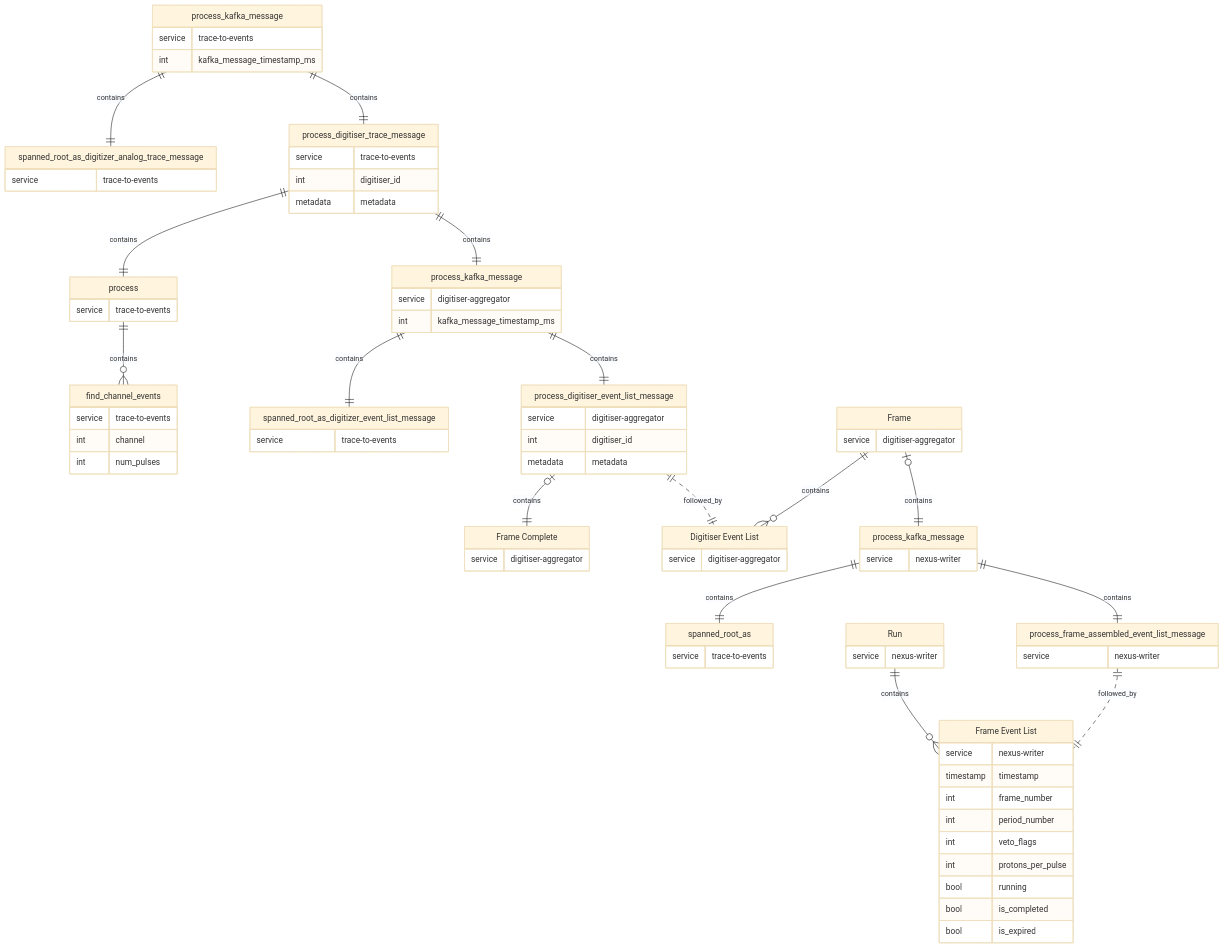
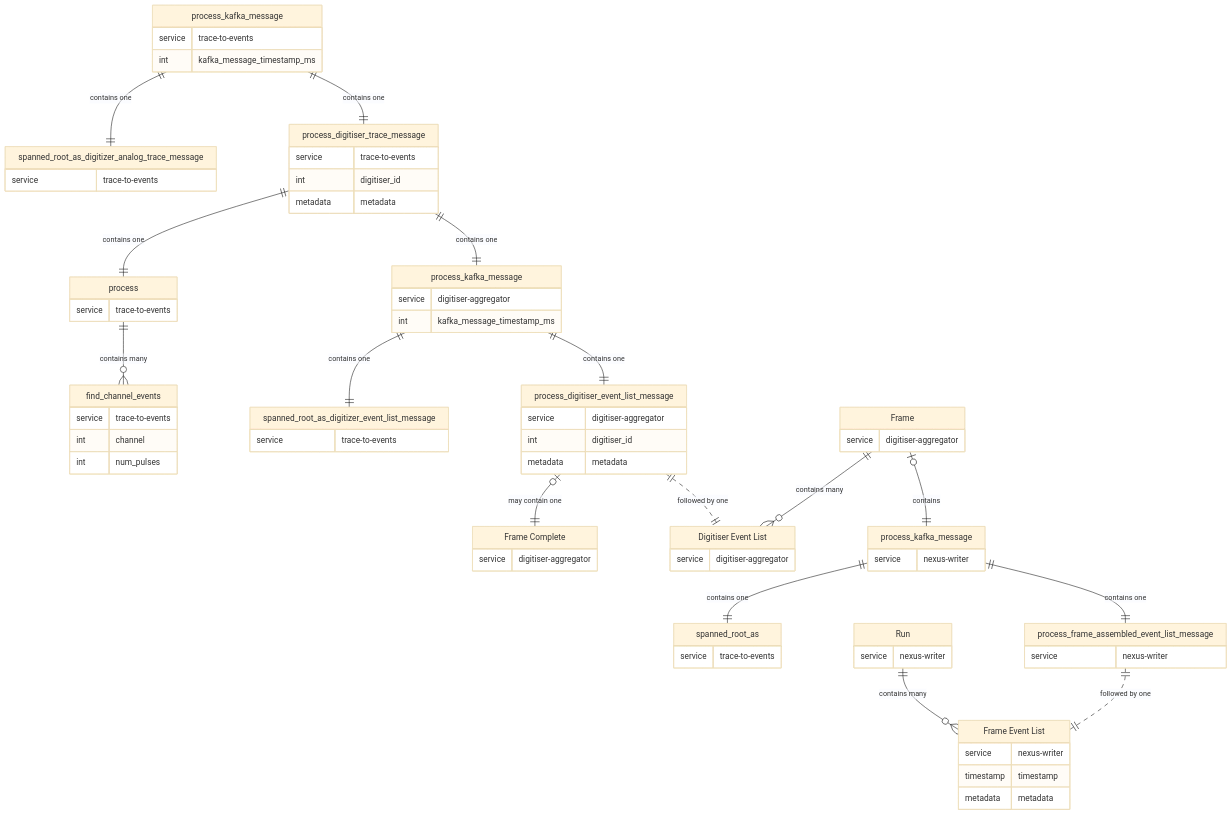
Before and after one commit to STFC-ICD-Research-and-Design/supermusr-data-pipeline: the second of 5 diagrams in docs/tracing.md, drawn with Mermaid (base theme). The commit also changed other lines of this file, not shown here.

Commit message:
Update to tracing.md

````diff
--- a/docs/tracing.md
+++ b/docs/tracing.md
@@ -145,24 +145,24 @@
     EF_SPANNED_ROOT["spanned_root_as_digitizer_analog_trace_message"] {
         service trace-to-events
     }
-    EF_KAF_MSG ||--|| EF_SPANNED_ROOT : contains
+    EF_KAF_MSG ||--|| EF_SPANNED_ROOT : "contains one"
     EF_DIG_TRACE_MSG["process_digitiser_trace_message"] {
         service trace-to-events
         int digitiser_id
         metadata metadata
     }
-    EF_KAF_MSG ||--|| EF_DIG_TRACE_MSG : contains
+    EF_KAF_MSG ||--|| EF_DIG_TRACE_MSG : "contains one"
 
     PROCESS["process"] {
         service trace-to-events
     }
-    EF_DIG_TRACE_MSG ||--|| PROCESS : contains
+    EF_DIG_TRACE_MSG ||--|| PROCESS : "contains one"
     FIND_CHNL_EVTS["find_channel_events"] {
         service trace-to-events
         int channel
         int num_pulses
     }
-    PROCESS ||--o{ FIND_CHNL_EVTS : contains
+    PROCESS ||--o{ FIND_CHNL_EVTS : "contains many"
 
     DA_KAF_MSG["process_kafka_message"] {
         service digitiser-aggregator
@@ -171,26 +171,26 @@
     DA_SPANNED_ROOT["spanned_root_as_digitizer_event_list_message"] {
         service trace-to-events
     }
-    DA_KAF_MSG ||--|| DA_SPANNED_ROOT : contains
+    DA_KAF_MSG ||--|| DA_SPANNED_ROOT : "contains one"
     DA_DIG_EVT_MSG["process_digitiser_event_list_message"] {
         service digitiser-aggregator
         int digitiser_id
         metadata metadata
     }
-    DA_KAF_MSG ||--|| DA_DIG_EVT_MSG : contains
+    DA_KAF_MSG ||--|| DA_DIG_EVT_MSG : "contains one"
     DA_FRAME_COMPLETE["Frame Complete"] {
         service digitiser-aggregator
     }
-    DA_DIG_EVT_MSG |o--|| DA_FRAME_COMPLETE : contains
-    EF_DIG_TRACE_MSG ||--|| DA_KAF_MSG : contains
+    DA_DIG_EVT_MSG |o--|| DA_FRAME_COMPLETE : "may contain one"
+    EF_DIG_TRACE_MSG ||--|| DA_KAF_MSG : "contains one"
     FRAME["Frame"] {
         service digitiser-aggregator
     }
     FRAME_DIGITISER["Digitiser Event List"] {
         service digitiser-aggregator
     }
-    DA_DIG_EVT_MSG ||..|| FRAME_DIGITISER : followed_by
-    FRAME ||--o{ FRAME_DIGITISER : contains
+    DA_DIG_EVT_MSG ||..|| FRAME_DIGITISER : "followed by one"
+    FRAME ||--o{ FRAME_DIGITISER : "contains many"
 
     NW_KAFKA_MSG["process_kafka_message"] {
         service nexus-writer
@@ -198,26 +198,20 @@
     NW_SPANNED_ROOT["spanned_root_as"] {
         service trace-to-events
     }
-    NW_KAFKA_MSG ||--|| NW_SPANNED_ROOT : contains
+    NW_KAFKA_MSG ||--|| NW_SPANNED_ROOT : "contains one"
     FRAME |o--|| NW_KAFKA_MSG : contains
     NW_FRM_EVT_MSG["process_frame_assembled_event_list_message"] {
         service nexus-writer
     }
-    NW_KAFKA_MSG ||--|| NW_FRM_EVT_MSG : contains
+    NW_KAFKA_MSG ||--|| NW_FRM_EVT_MSG : "contains one"
     RUN["Run"] {
         service nexus-writer
     }
     RUN_FRAME["Frame Event List"] {
         service nexus-writer
         timestamp timestamp
-        int frame_number
-        int period_number
-        int veto_flags
-        int protons_per_pulse
-        bool running
-        bool is_completed
-        bool is_expired
+        metadata metadata
     }
-    RUN ||--o{ RUN_FRAME : contains
-    NW_FRM_EVT_MSG ||..|| RUN_FRAME : followed_by
+    RUN ||--o{ RUN_FRAME : "contains many"
+    NW_FRM_EVT_MSG ||..|| RUN_FRAME : "followed by one"
 ```
````
